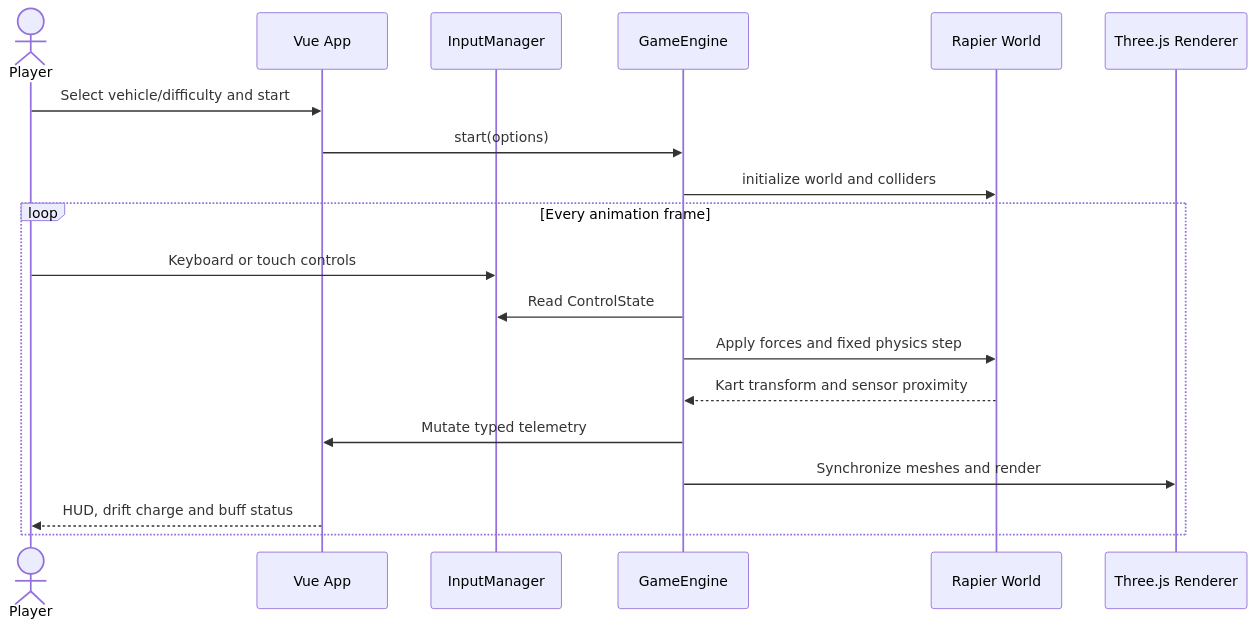
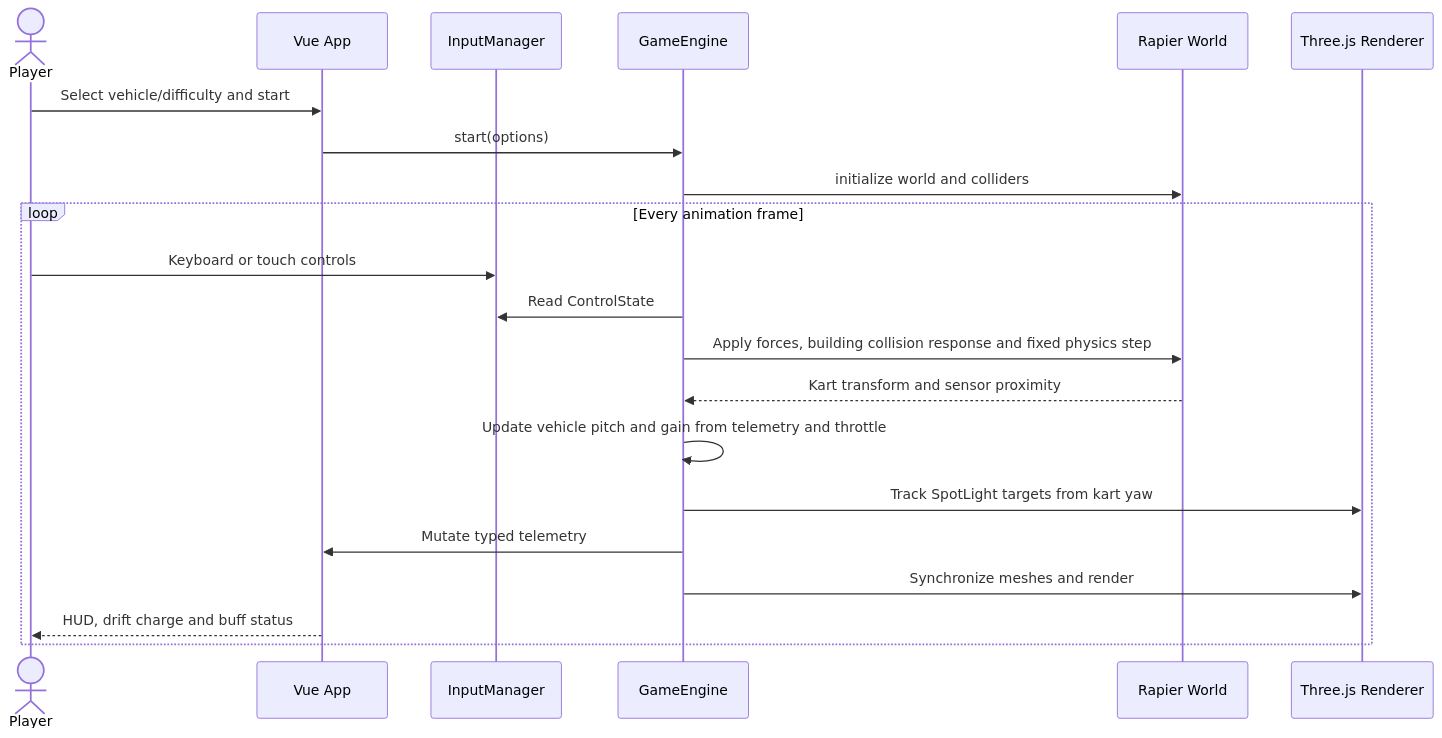
Before and after one commit to jakwong1981/hk_racing_car: the fourth of 4 diagrams in docs/SPECIFICATION.md, drawn with Mermaid. The commit also changed other lines of this file and 23 other files, not shown here.

Commit message:
Enhance racing visuals physics and vehicle audio

````diff
--- a/docs/SPECIFICATION.md
+++ b/docs/SPECIFICATION.md
@@ -177,21 +211,23 @@
 ```mermaid
 sequenceDiagram
   actor Player
   participant Vue as Vue App
   participant Input as InputManager
   participant Engine as GameEngine
   participant Rapier as Rapier World
   participant Three as Three.js Renderer
   Player->>Vue: Select vehicle/difficulty and start
   Vue->>Engine: start(options)
   Engine->>Rapier: initialize world and colliders
   loop Every animation frame
     Player->>Input: Keyboard or touch controls
     Engine->>Input: Read ControlState
-    Engine->>Rapier: Apply forces and fixed physics step
+    Engine->>Rapier: Apply forces, building collision response and fixed physics step
     Rapier-->>Engine: Kart transform and sensor proximity
+    Engine->>Engine: Update vehicle pitch and gain from telemetry and throttle
+    Engine->>Three: Track SpotLight targets from kart yaw
     Engine->>Vue: Mutate typed telemetry
     Engine->>Three: Synchronize meshes and render
     Vue-->>Player: HUD, drift charge and buff status
   end
 ```
````
